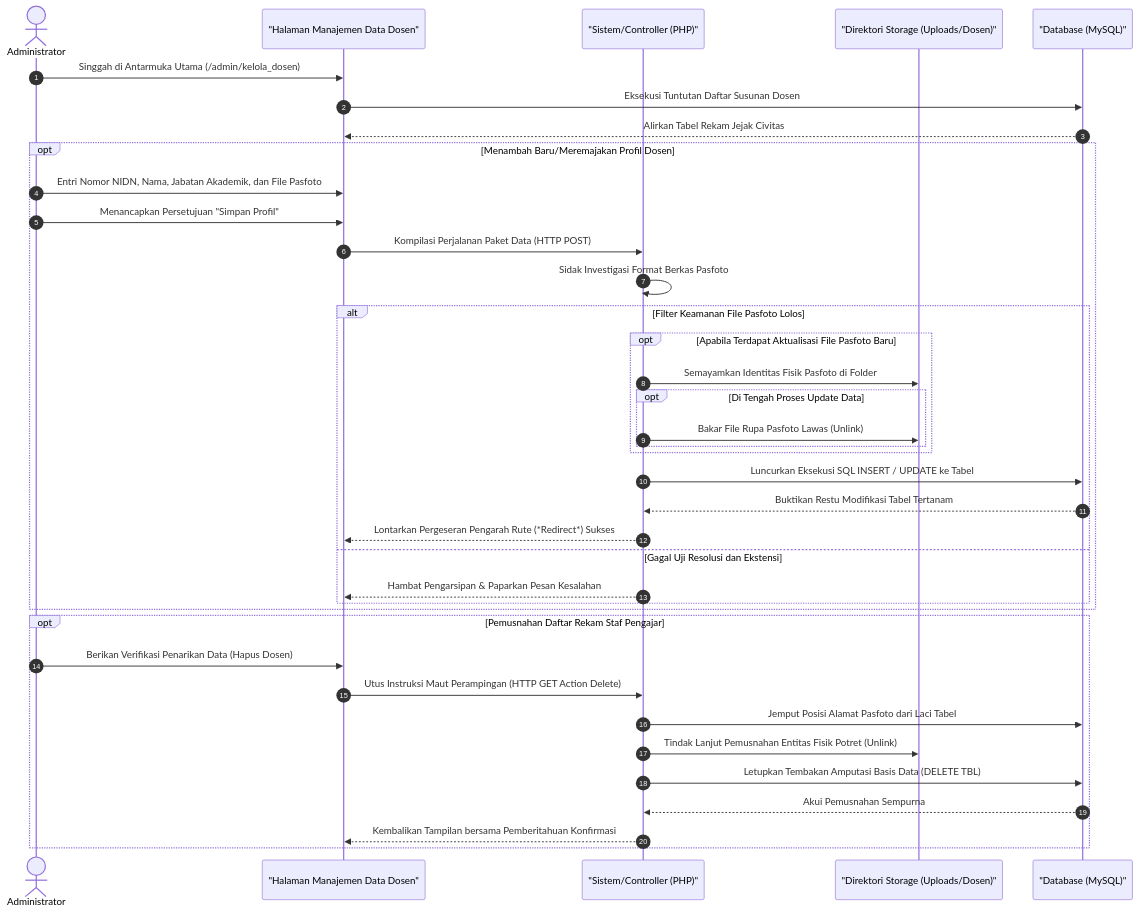
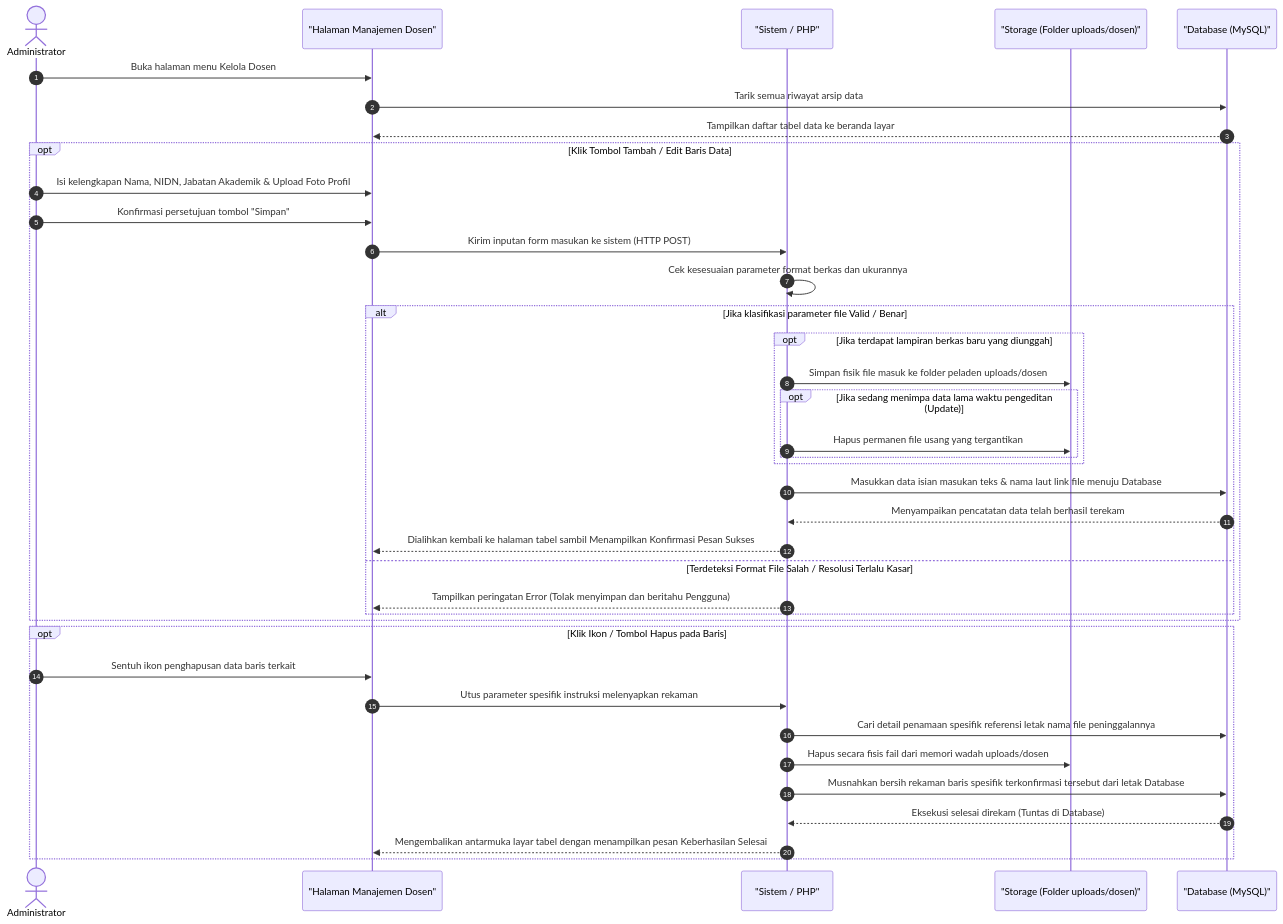
The diagram in docs/sequence_diagram_admin_dosen.md (arbain-dev/Web_fikom), drawn with Mermaid before and after one commit. The commit also changed other lines of this file and 17 other files, not shown here.

Commit message:
docs: menyederhanakan bahasa seluruh sequence diagram admin backend

````diff
--- a/docs/sequence_diagram_admin_dosen.md
+++ b/docs/sequence_diagram_admin_dosen.md
@@ -15,48 +29,48 @@
 ```mermaid
 sequenceDiagram
     autonumber
     actor Admin as Administrator
-    participant View as "Halaman Manajemen Data Dosen"
-    participant System as "Sistem/Controller (PHP)"
-    participant Server as "Direktori Storage (Uploads/Dosen)"
+    participant View as "Halaman Manajemen Dosen"
+    participant System as "Sistem / PHP"
+    participant Server as "Storage (Folder uploads/dosen)"
     participant DB as "Database (MySQL)"
 
-    Admin->>View: Singgah di Antarmuka Utama (/admin/kelola_dosen)
-    View->>DB: Eksekusi Tuntutan Daftar Susunan Dosen
-    DB-->>View: Alirkan Tabel Rekam Jejak Civitas
+    Admin->>View: Buka halaman menu Kelola Dosen
+    View->>DB: Tarik semua riwayat arsip data
+    DB-->>View: Tampilkan daftar tabel data ke beranda layar
 
-    %% Proses Tambah / Edit Dosen
-    opt Menambah Baru/Meremajakan Profil Dosen
-        Admin->>View: Entri Nomor NIDN, Nama, Jabatan Akademik, dan File Pasfoto
-        Admin->>View: Menancapkan Persetujuan "Simpan Profil"
-        View->>System: Kompilasi Perjalanan Paket Data (HTTP POST)
+    %% Proses Tambah / Edit
+    opt Klik Tombol Tambah / Edit Baris Data
+        Admin->>View: Isi kelengkapan Nama, NIDN, Jabatan Akademik & Upload Foto Profil
+        Admin->>View: Konfirmasi persetujuan tombol "Simpan"
+        View->>System: Kirim inputan form masukan ke sistem (HTTP POST)
 
-        System->>System: Sidak Investigasi Format Berkas Pasfoto
+        System->>System: Cek kesesuaian parameter format berkas dan ukurannya
         
-        alt Filter Keamanan File Pasfoto Lolos
-            opt Apabila Terdapat Aktualisasi File Pasfoto Baru
-                System->>Server: Semayamkan Identitas Fisik Pasfoto di Folder 
-                opt Di Tengah Proses Update Data
-                    System->>Server: Bakar File Rupa Pasfoto Lawas (Unlink)
+        alt Jika klasifikasi parameter file Valid / Benar
+            opt Jika terdapat lampiran berkas baru yang diunggah
+                System->>Server: Simpan fisik file masuk ke folder peladen uploads/dosen
+                opt Jika sedang menimpa data lama waktu pengeditan (Update)
+                    System->>Server: Hapus permanen file usang yang tergantikan
                 end
             end
             
-            System->>DB: Luncurkan Eksekusi SQL INSERT / UPDATE ke Tabel
-            DB-->>System: Buktikan Restu Modifikasi Tabel Tertanam
-            System-->>View: Lontarkan Pergeseran Pengarah Rute (*Redirect*) Sukses  
-        else Gagal Uji Resolusi dan Ekstensi
-            System-->>View: Hambat Pengarsipan & Paparkan Pesan Kesalahan
+            System->>DB: Masukkan data isian masukan teks & nama laut link file menuju Database
+            DB-->>System: Menyampaikan pencatatan data telah berhasil terekam
+            System-->>View: Dialihkan kembali ke halaman tabel sambil Menampilkan Konfirmasi Pesan Sukses
+        else Terdeteksi Format File Salah / Resolusi Terlalu Kasar
+            System-->>View: Tampilkan peringatan Error (Tolak menyimpan dan beritahu Pengguna)
         end
     end
 
-    %% Proses Hapus Dosen
-    opt Pemusnahan Daftar Rekam Staf Pengajar
-        Admin->>View: Berikan Verifikasi Penarikan Data (Hapus Dosen)
-        View->>System: Utus Instruksi Maut Perampingan (HTTP GET Action Delete)
-        System->>DB: Jemput Posisi Alamat Pasfoto dari Laci Tabel
-        System->>Server: Tindak Lanjut Pemusnahan Entitas Fisik Potret (Unlink)
-        System->>DB: Letupkan Tembakan Amputasi Basis Data (DELETE TBL)
-        DB-->>System: Akui Pemusnahan Sempurna
-        System-->>View: Kembalikan Tampilan bersama Pemberitahuan Konfirmasi
+    %% Proses Hapus
+    opt Klik Ikon / Tombol Hapus pada Baris
+        Admin->>View: Sentuh ikon penghapusan data baris terkait
+        View->>System: Utus parameter spesifik instruksi melenyapkan rekaman
+        System->>DB: Cari detail penamaan spesifik referensi letak nama file peninggalannya
+        System->>Server: Hapus secara fisis fail dari memori wadah uploads/dosen
+        System->>DB: Musnahkan bersih rekaman baris spesifik terkonfirmasi tersebut dari letak Database
+        DB-->>System: Eksekusi selesai direkam (Tuntas di Database)
+        System-->>View: Mengembalikan antarmuka layar tabel dengan menampilkan pesan Keberhasilan Selesai
     end
 ```
````
